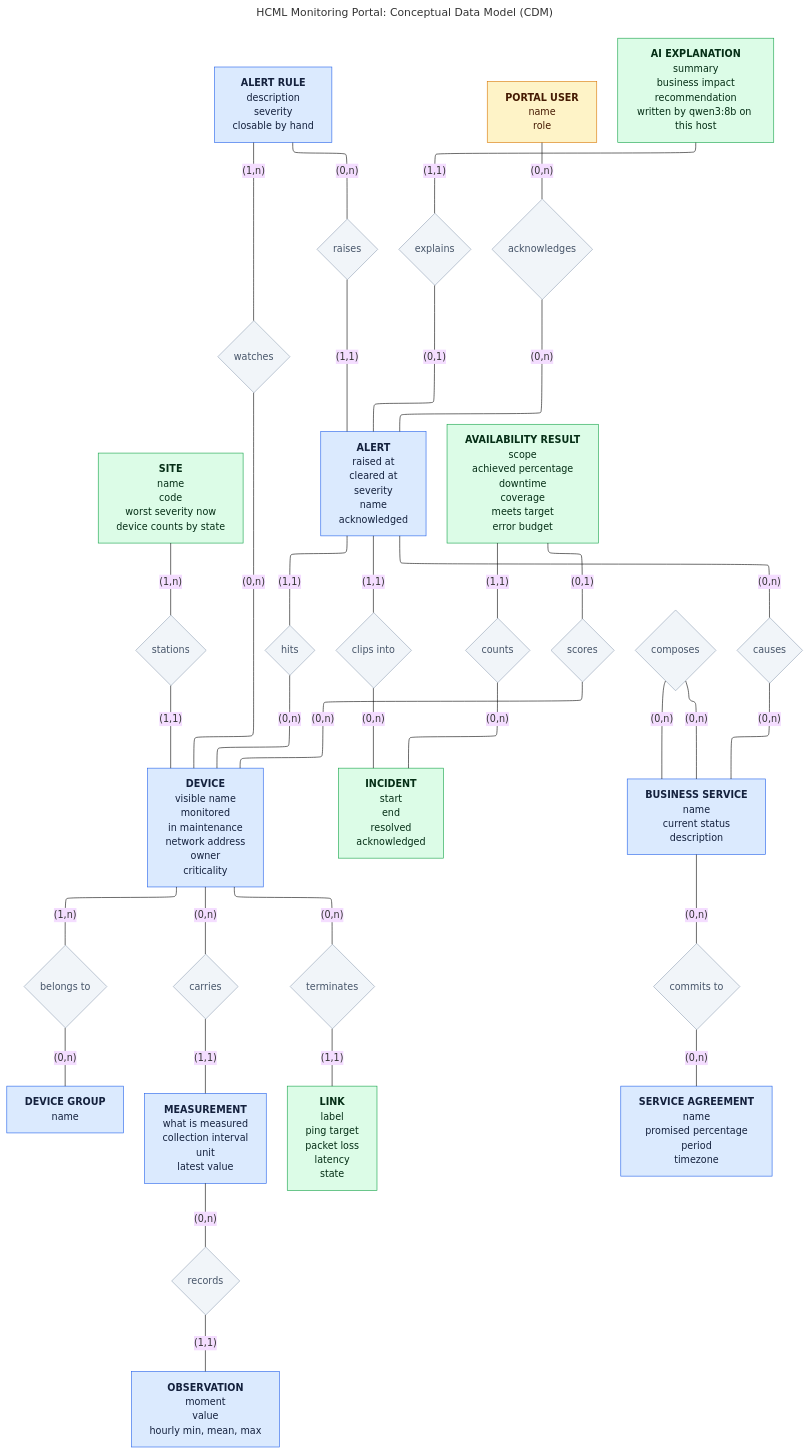
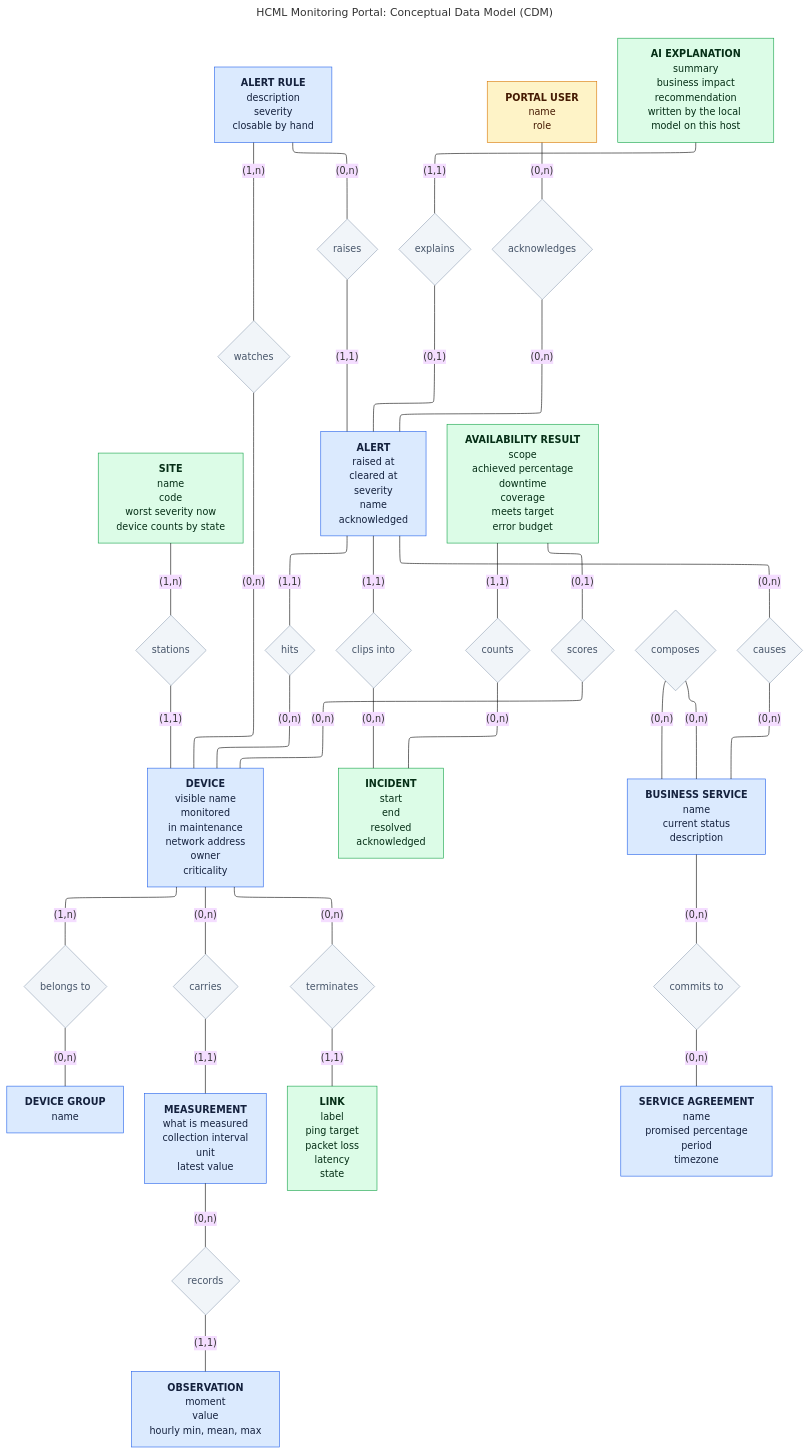
Before and after one commit to Fxkra28/Dashboard-Zabbix-Prototype-Local_LLM: the diagram in docs/schema/CDM.mmd, drawn with Mermaid (base theme). The commit also changed 558 other files, not shown here.

```diff
--- a/docs/schema/CDM.mmd
+++ b/docs/schema/CDM.mmd
@@ -1,108 +1,108 @@
 ---
 title: "HCML Monitoring Portal: Conceptual Data Model (CDM)"
 config:
   layout: elk
   elk:
     mergeEdges: false
     nodePlacementStrategy: BRANDES_KOEPF
 ---
 flowchart TB
     %%  Conceptual data model (Merise MCD)
     %%  What the business talks about. No keys, no foreign keys, no
     %%  data types: those are the ERD and the PDM.
     %%    rectangle   an entity and the properties a manager would name
     %%    diamond     a named association, read in the verb's direction
     %%    (min,max)   how many times one occurrence of that entity
     %%                takes part in the association
     %%  Blue   Zabbix stores it.   Green  the portal computes it.
     %%  Amber  the portal's own.   Red    it leaves this machine.
     %%  This copy is hcml-portal-ollama: explanations are written by a
     %%  Claude, so estate data crosses the network. The local-model
     %%  copy of this diagram is in hcml-portal-ollama/schema/CDM.pdf.
 
     SITE["<b>SITE</b><br>name<br>code<br>worst severity now<br>device counts by state"]
     DEVICE["<b>DEVICE</b><br>visible name<br>monitored<br>in maintenance<br>network address<br>owner<br>criticality"]
     DEVICE_GROUP["<b>DEVICE GROUP</b><br>name"]
     MEASUREMENT["<b>MEASUREMENT</b><br>what is measured<br>collection interval<br>unit<br>latest value"]
     OBSERVATION["<b>OBSERVATION</b><br>moment<br>value<br>hourly min, mean, max"]
     LINK["<b>LINK</b><br>label<br>ping target<br>packet loss<br>latency<br>state"]
     ALERT_RULE["<b>ALERT RULE</b><br>description<br>severity<br>closable by hand"]
     ALERT["<b>ALERT</b><br>raised at<br>cleared at<br>severity<br>name<br>acknowledged"]
     INCIDENT["<b>INCIDENT</b><br>start<br>end<br>resolved<br>acknowledged"]
     AVAILABILITY["<b>AVAILABILITY RESULT</b><br>scope<br>achieved percentage<br>downtime<br>coverage<br>meets target<br>error budget"]
     SERVICE["<b>BUSINESS SERVICE</b><br>name<br>current status<br>description"]
     AGREEMENT["<b>SERVICE AGREEMENT</b><br>name<br>promised percentage<br>period<br>timezone"]
     USER["<b>PORTAL USER</b><br>name<br>role"]
-    ANSWER["<b>AI EXPLANATION</b><br>summary<br>business impact<br>recommendation<br>written by qwen3:8b on this host"]
+    ANSWER["<b>AI EXPLANATION</b><br>summary<br>business impact<br>recommendation<br>written by the local model on this host"]
 
     R_STATIONS{"stations"}
     R_BELONGS{"belongs to"}
     R_CARRIES{"carries"}
     R_RECORDS{"records"}
     R_TERMINATES{"terminates"}
     R_WATCHES{"watches"}
     R_RAISES{"raises"}
     R_HITS{"hits"}
     R_CLIPS{"clips into"}
     R_COUNTS{"counts"}
     R_SCORES{"scores"}
     R_COMPOSES{"composes"}
     R_COMMITS{"commits to"}
     R_CAUSES{"causes"}
     R_EXPLAINS{"explains"}
     R_ACKS{"acknowledges"}
 
     SITE         ---|"(1,n)"| R_STATIONS
     R_STATIONS   ---|"(1,1)"| DEVICE
     DEVICE       ---|"(1,n)"| R_BELONGS
     R_BELONGS    ---|"(0,n)"| DEVICE_GROUP
     DEVICE       ---|"(0,n)"| R_CARRIES
     R_CARRIES    ---|"(1,1)"| MEASUREMENT
     MEASUREMENT  ---|"(0,n)"| R_RECORDS
     R_RECORDS    ---|"(1,1)"| OBSERVATION
     DEVICE       ---|"(0,n)"| R_TERMINATES
     R_TERMINATES ---|"(1,1)"| LINK
 
     ALERT_RULE   ---|"(1,n)"| R_WATCHES
     R_WATCHES    ---|"(0,n)"| DEVICE
     ALERT_RULE   ---|"(0,n)"| R_RAISES
     R_RAISES     ---|"(1,1)"| ALERT
     ALERT        ---|"(1,1)"| R_HITS
     R_HITS       ---|"(0,n)"| DEVICE
     ALERT        ---|"(1,1)"| R_CLIPS
     R_CLIPS      ---|"(0,n)"| INCIDENT
 
     AVAILABILITY ---|"(1,1)"| R_COUNTS
     R_COUNTS     ---|"(0,n)"| INCIDENT
     AVAILABILITY ---|"(0,1)"| R_SCORES
     R_SCORES     ---|"(0,n)"| DEVICE
 
     SERVICE      ---|"(0,n)"| R_COMPOSES
     R_COMPOSES   ---|"(0,n)"| SERVICE
     SERVICE      ---|"(0,n)"| R_COMMITS
     R_COMMITS    ---|"(0,n)"| AGREEMENT
     ALERT        ---|"(0,n)"| R_CAUSES
     R_CAUSES     ---|"(0,n)"| SERVICE
 
     ANSWER       ---|"(1,1)"| R_EXPLAINS
     R_EXPLAINS   ---|"(0,1)"| ALERT
     USER         ---|"(0,n)"| R_ACKS
     R_ACKS       ---|"(0,n)"| ALERT
 
     classDef zbx      fill:#dbeafe,stroke:#2563eb,color:#14213d
     classDef derived  fill:#dcfce7,stroke:#16a34a,color:#052e16
     classDef local    fill:#fef3c7,stroke:#d97706,color:#451a03
     classDef external fill:#fee2e2,stroke:#dc2626,color:#450a0a
     classDef assoc    fill:#f1f5f9,stroke:#94a3b8,color:#475569
 
     class ALERT,ALERT_RULE,AGREEMENT,DEVICE zbx
     class DEVICE_GROUP,MEASUREMENT,OBSERVATION,SERVICE zbx
     class AVAILABILITY,INCIDENT,LINK,SITE derived
     class USER local
     class ANSWER derived
 
     class R_ACKS,R_BELONGS,R_CARRIES,R_CAUSES assoc
     class R_CLIPS,R_COMMITS,R_COMPOSES,R_COUNTS assoc
     class R_EXPLAINS,R_HITS,R_RAISES,R_RECORDS assoc
     class R_SCORES,R_STATIONS,R_TERMINATES,R_WATCHES assoc
-%% source-hash: 573dd6ba2270
+%% source-hash: a07a0d359035
```
